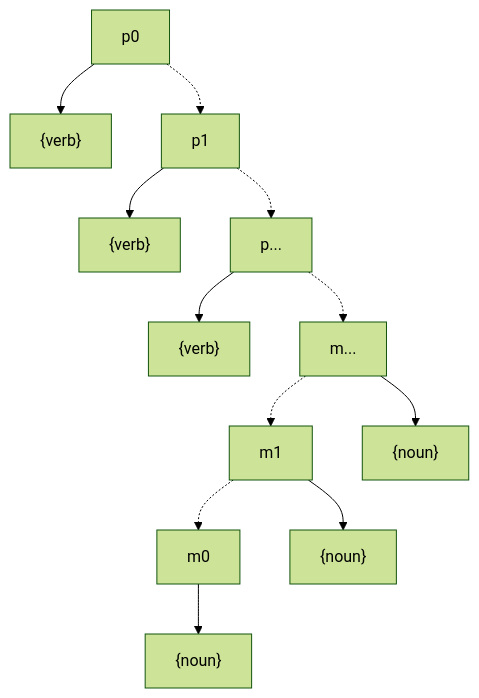
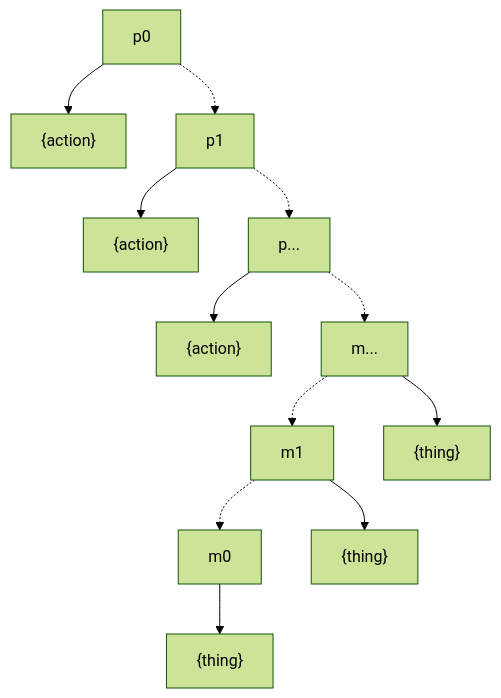
The second of 2 diagrams in style/coding/c/fsw/procedure_module_layer/procedure_module_layer_fsw_c_coding_style.md (urmsori/jys_fsw), drawn with Mermaid (forest theme) before and after one commit. The commit also changed other lines of this file, not shown here.

````diff
--- a/style/coding/c/fsw/procedure_module_layer/procedure_module_layer_fsw_c_coding_style.md
+++ b/style/coding/c/fsw/procedure_module_layer/procedure_module_layer_fsw_c_coding_style.md
@@ -70,11 +73,11 @@
 ```mermaid
 graph TD
-    A[p0] --> B["{verb}"]
-    C[p1] --> D["{verb}"]
-    E["p..."] --> F["{verb}"]
-    G[m0] --> H["{noun}"]
-    I[m1] --> J["{noun}"]
-    K["m..."] --> L["{noun}"]
+    A[p0] --> B["{action}"]
+    C[p1] --> D["{action}"]
+    E["p..."] --> F["{action}"]
+    G[m0] --> H["{thing}"]
+    I[m1] --> J["{thing}"]
+    K["m..."] --> L["{thing}"]
     
     A -.-> C -.-> E -.-> K -.-> I -.-> G
 ```
````
